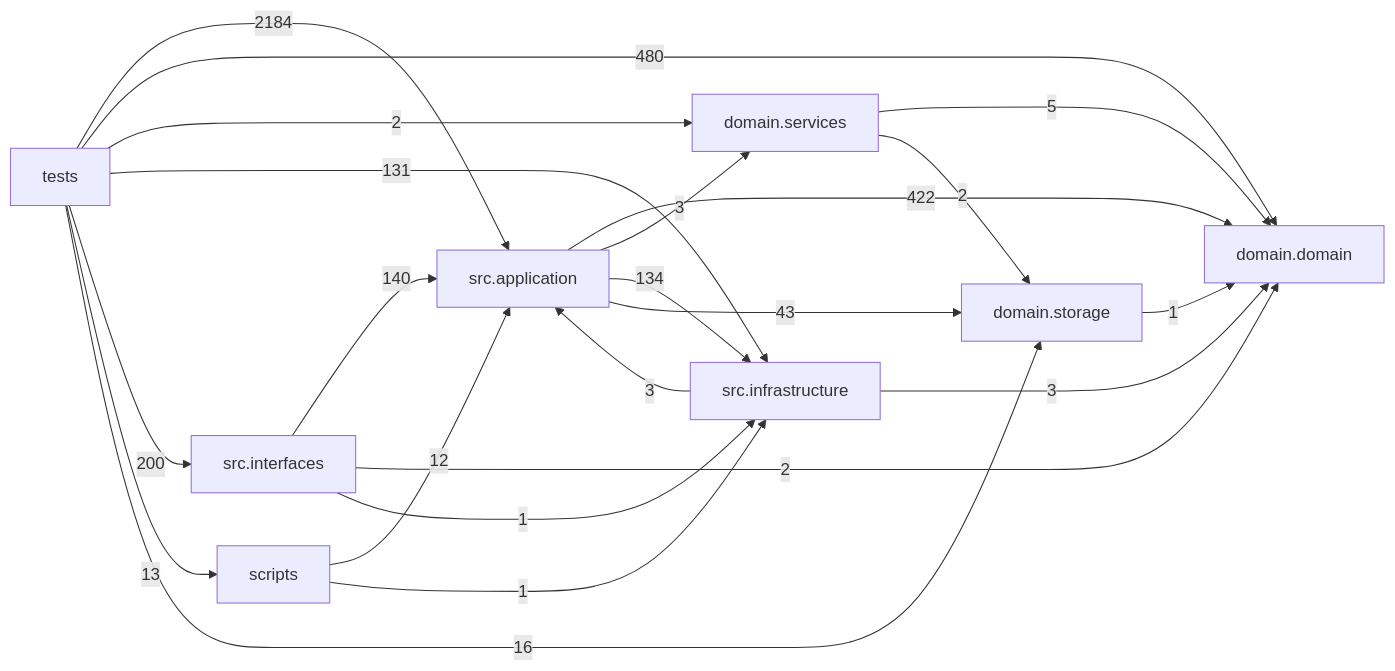
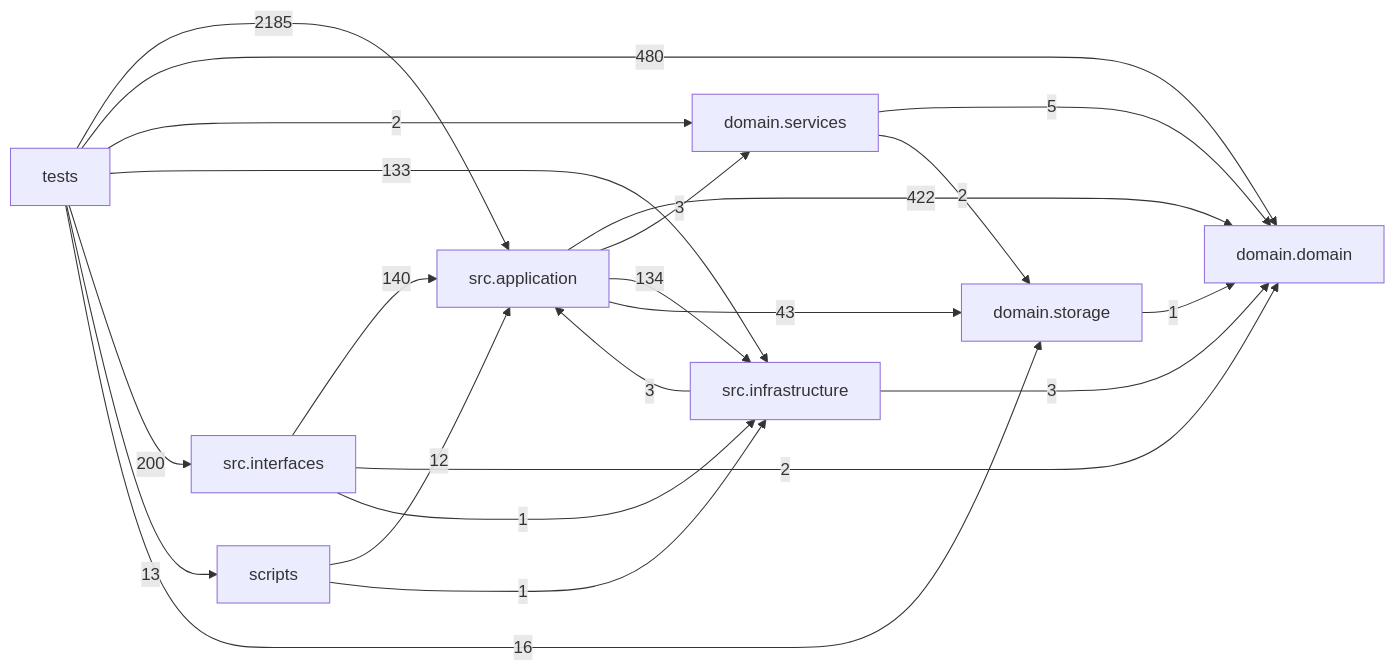
Before and after one commit to liuxie066/options-monitor: the diagram in docs/DEPENDENCY_GRAPH.md, drawn with Mermaid. The commit also changed other lines of this file and 8 other files, not shown here.

````diff
--- a/docs/DEPENDENCY_GRAPH.md
+++ b/docs/DEPENDENCY_GRAPH.md
@@ -24,32 +24,32 @@
 ```mermaid
 flowchart LR
   tests["tests"]
   scripts["scripts"]
   interfaces["src.interfaces"]
   application["src.application"]
   infrastructure["src.infrastructure"]
   domain_services["domain.services"]
   domain["domain.domain"]
   storage["domain.storage"]
   application -->|422| domain
   application -->|3| domain_services
   application -->|134| infrastructure
   application -->|43| storage
   domain_services -->|5| domain
   domain_services -->|2| storage
   infrastructure -->|3| application
   infrastructure -->|3| domain
   interfaces -->|140| application
   interfaces -->|2| domain
   interfaces -->|1| infrastructure
   scripts -->|12| application
   scripts -->|1| infrastructure
   storage -->|1| domain
-  tests -->|2184| application
+  tests -->|2185| application
   tests -->|480| domain
   tests -->|2| domain_services
-  tests -->|131| infrastructure
+  tests -->|133| infrastructure
   tests -->|200| interfaces
   tests -->|13| scripts
   tests -->|16| storage
 ```
````
